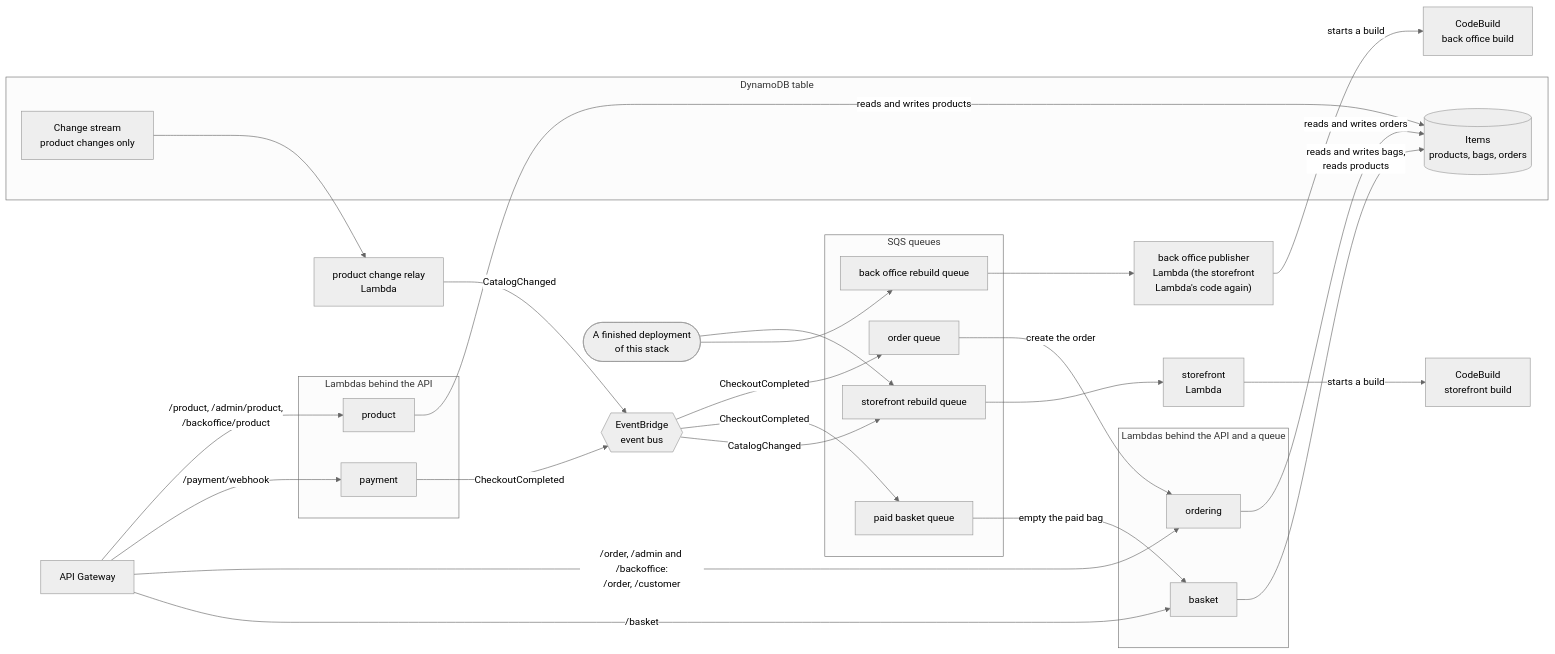
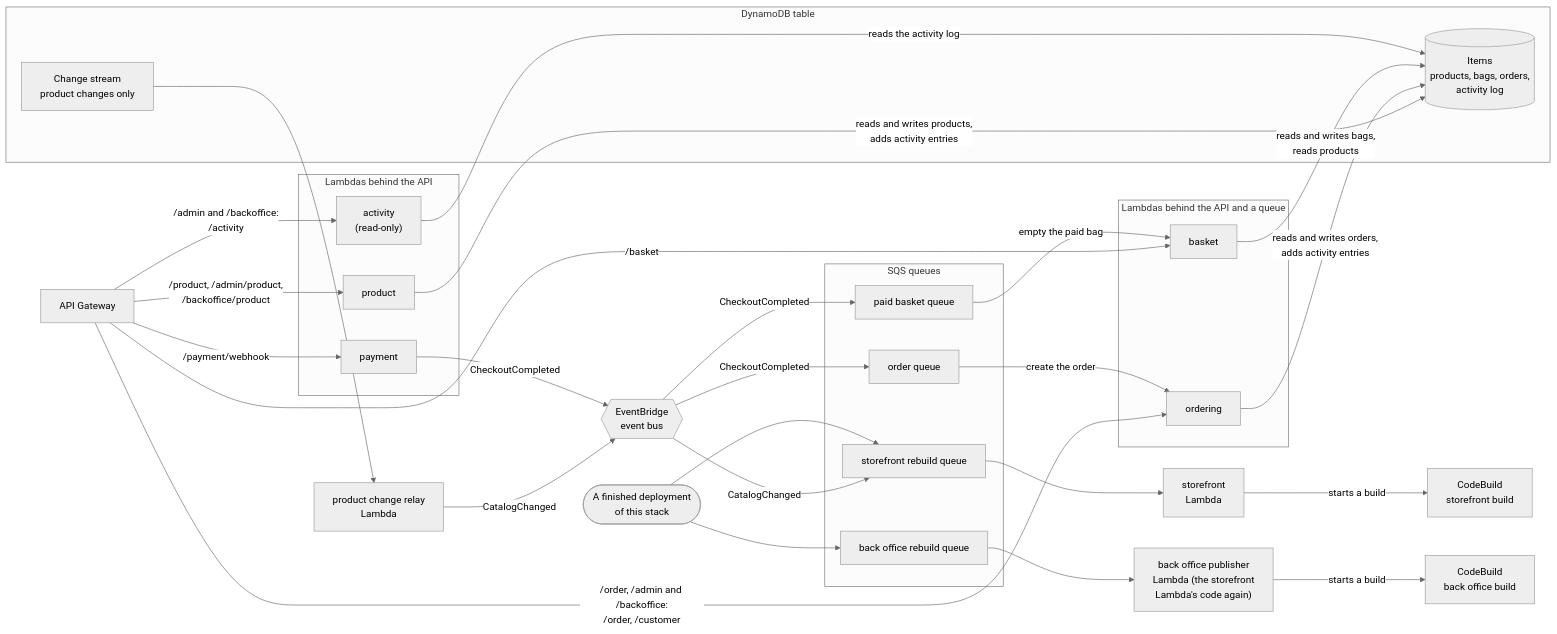
Before and after one commit to rossislike/luxebaddie: the second of 5 diagrams in docs/infrastructure-diagrams.md, drawn with Mermaid (neutral theme). The commit also changed other lines of this file and 56 other files, not shown here.

First line of the commit message:
Record every back-office change in an activity log

````diff
--- a/docs/infrastructure-diagrams.md
+++ b/docs/infrastructure-diagrams.md
@@ -129,62 +130,65 @@
 ```mermaid
 flowchart LR
     apigw["API Gateway"]
 
     subgraph http["Lambdas behind the API"]
         productFn["product"]
         paymentFn["payment"]
+        activityFn["activity<br/>(read-only)"]
     end
 
     subgraph dynamo["DynamoDB table"]
-        items[("Items<br/>products, bags, orders")]
+        items[("Items<br/>products, bags, orders,<br/>activity log")]
         stream["Change stream<br/>product changes only"]
     end
 
     relayFn["product change relay<br/>Lambda"]
     bus{{"EventBridge<br/>event bus"}}
 
     subgraph queues["SQS queues"]
         orderQueue["order queue"]
         paidBasketQueue["paid basket queue"]
         rebuildQueue["storefront rebuild queue"]
         officeRebuildQueue["back office rebuild queue"]
     end
 
     subgraph both["Lambdas behind the API and a queue"]
         orderingFn["ordering"]
         basketFn["basket"]
     end
 
     storefrontFn["storefront<br/>Lambda"]
     codebuild["CodeBuild<br/>storefront build"]
     officePublisherFn["back office publisher<br/>Lambda (the storefront<br/>Lambda's code again)"]
     officeCodebuild["CodeBuild<br/>back office build"]
     deployment(["A finished deployment<br/>of this stack"])
 
     apigw -- "/product, /admin/product,<br/>/backoffice/product" --> productFn
     apigw -- "/payment/webhook" --> paymentFn
     apigw -- "/order, /admin and /backoffice:<br/>/order, /customer" --> orderingFn
     apigw -- "/basket" --> basketFn
+    apigw -- "/admin and /backoffice:<br/>/activity" --> activityFn
 
-    productFn -- "reads and writes products" --> items
-    orderingFn -- "reads and writes orders" --> items
+    productFn -- "reads and writes products,<br/>adds activity entries" --> items
+    orderingFn -- "reads and writes orders,<br/>adds activity entries" --> items
     basketFn -- "reads and writes bags,<br/>reads products" --> items
+    activityFn -- "reads the activity log" --> items
 
     stream --> relayFn
     relayFn -- "CatalogChanged" --> bus
     paymentFn -- "CheckoutCompleted" --> bus
 
     bus -- "CheckoutCompleted" --> orderQueue
     bus -- "CheckoutCompleted" --> paidBasketQueue
     bus -- "CatalogChanged" --> rebuildQueue
 
     orderQueue -- "create the order" --> orderingFn
     paidBasketQueue -- "empty the paid bag" --> basketFn
     rebuildQueue --> storefrontFn
     storefrontFn -- "starts a build" --> codebuild
 
     deployment --> rebuildQueue
     deployment --> officeRebuildQueue
     officeRebuildQueue --> officePublisherFn
     officePublisherFn -- "starts a build" --> officeCodebuild
 ```
````
